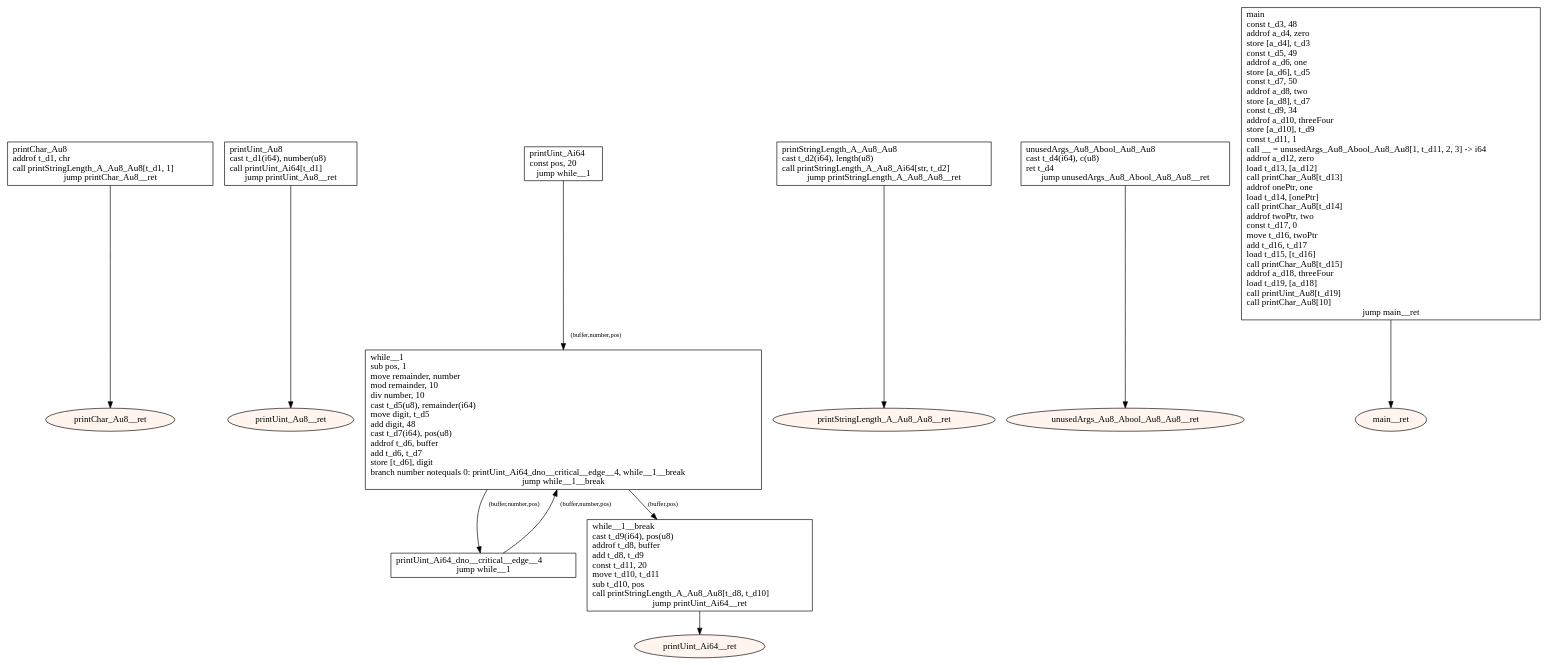
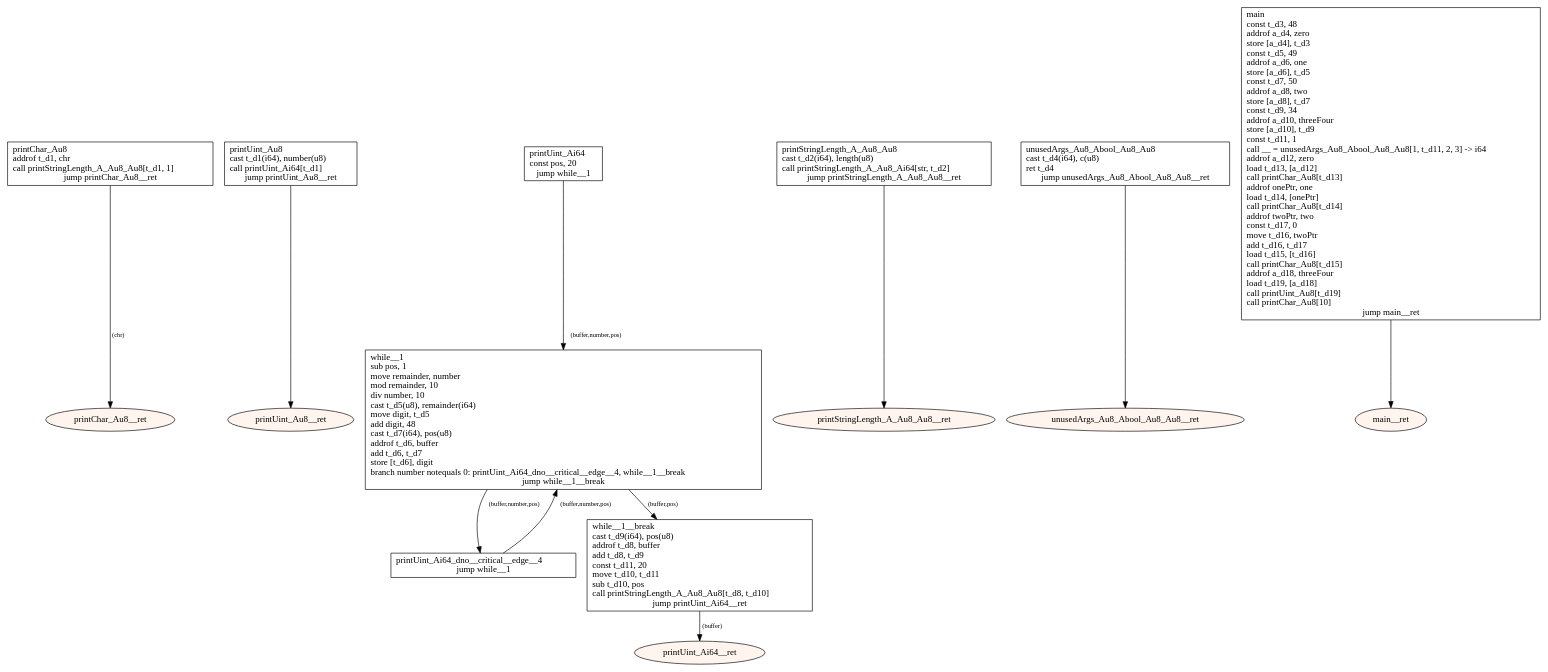
Before and after one commit to tmssngr/tinyC: the diagram in src/main/resources-test/compiler/windows/basics.dot, drawn with Graphviz. The commit also changed 150 other files, not shown here.

```diff
--- a/src/main/resources-test/compiler/windows/basics.dot
+++ b/src/main/resources-test/compiler/windows/basics.dot
@@ -1,40 +1,40 @@
 digraph program {
 	edge[fontsize="10pt"];
 	subgraph fn_printChar_Au8 {
 		BasicBlock_0_printChar_Au8 [label="printChar_Au8\laddrof t_d1, chr\lcall printStringLength_A_Au8_Au8[t_d1, 1]\ljump printChar_Au8__ret",shape=box];
-		BasicBlock_0_printChar_Au8 -> BasicBlock_0_printChar_Au8__ret;
+		BasicBlock_0_printChar_Au8 -> BasicBlock_0_printChar_Au8__ret [label="(chr)"];
 		BasicBlock_0_printChar_Au8__ret [label="printChar_Au8__ret",shape=oval,style=filled,fillcolor="#fff5ee"];
 	}
 	subgraph fn_printUint_Au8 {
 		BasicBlock_1_printUint_Au8 [label="printUint_Au8\lcast t_d1(i64), number(u8)\lcall printUint_Ai64[t_d1]\ljump printUint_Au8__ret",shape=box];
 		BasicBlock_1_printUint_Au8 -> BasicBlock_1_printUint_Au8__ret;
 		BasicBlock_1_printUint_Au8__ret [label="printUint_Au8__ret",shape=oval,style=filled,fillcolor="#fff5ee"];
 	}
 	subgraph fn_printUint_Ai64 {
 		BasicBlock_2_printUint_Ai64 [label="printUint_Ai64\lconst pos, 20\ljump while__1",shape=box];
 		BasicBlock_2_printUint_Ai64 -> BasicBlock_2_while__1 [label="(buffer,number,pos)"];
 		BasicBlock_2_printUint_Ai64_dno__critical__edge__4 [label="printUint_Ai64_dno__critical__edge__4\ljump while__1",shape=box];
 		BasicBlock_2_printUint_Ai64_dno__critical__edge__4 -> BasicBlock_2_while__1 [label="(buffer,number,pos)"];
 		BasicBlock_2_while__1 [label="while__1\lsub pos, 1\lmove remainder, number\lmod remainder, 10\ldiv number, 10\lcast t_d5(u8), remainder(i64)\lmove digit, t_d5\ladd digit, 48\lcast t_d7(i64), pos(u8)\laddrof t_d6, buffer\ladd t_d6, t_d7\lstore [t_d6], digit\lbranch number notequals 0: printUint_Ai64_dno__critical__edge__4, while__1__break\ljump while__1__break",shape=box];
 		BasicBlock_2_while__1 -> BasicBlock_2_printUint_Ai64_dno__critical__edge__4 [label="(buffer,number,pos)"];
 		BasicBlock_2_while__1 -> BasicBlock_2_while__1__break [label="(buffer,pos)"];
 		BasicBlock_2_while__1__break [label="while__1__break\lcast t_d9(i64), pos(u8)\laddrof t_d8, buffer\ladd t_d8, t_d9\lconst t_d11, 20\lmove t_d10, t_d11\lsub t_d10, pos\lcall printStringLength_A_Au8_Au8[t_d8, t_d10]\ljump printUint_Ai64__ret",shape=box];
-		BasicBlock_2_while__1__break -> BasicBlock_2_printUint_Ai64__ret;
+		BasicBlock_2_while__1__break -> BasicBlock_2_printUint_Ai64__ret [label="(buffer)"];
 		BasicBlock_2_printUint_Ai64__ret [label="printUint_Ai64__ret",shape=oval,style=filled,fillcolor="#fff5ee"];
 	}
 	subgraph fn_printStringLength_A_Au8_Au8 {
 		BasicBlock_3_printStringLength_A_Au8_Au8 [label="printStringLength_A_Au8_Au8\lcast t_d2(i64), length(u8)\lcall printStringLength_A_Au8_Ai64[str, t_d2]\ljump printStringLength_A_Au8_Au8__ret",shape=box];
 		BasicBlock_3_printStringLength_A_Au8_Au8 -> BasicBlock_3_printStringLength_A_Au8_Au8__ret;
 		BasicBlock_3_printStringLength_A_Au8_Au8__ret [label="printStringLength_A_Au8_Au8__ret",shape=oval,style=filled,fillcolor="#fff5ee"];
 	}
 	subgraph fn_unusedArgs_Au8_Abool_Au8_Au8 {
 		BasicBlock_4_unusedArgs_Au8_Abool_Au8_Au8 [label="unusedArgs_Au8_Abool_Au8_Au8\lcast t_d4(i64), c(u8)\lret t_d4\ljump unusedArgs_Au8_Abool_Au8_Au8__ret",shape=box];
 		BasicBlock_4_unusedArgs_Au8_Abool_Au8_Au8 -> BasicBlock_4_unusedArgs_Au8_Abool_Au8_Au8__ret;
 		BasicBlock_4_unusedArgs_Au8_Abool_Au8_Au8__ret [label="unusedArgs_Au8_Abool_Au8_Au8__ret",shape=oval,style=filled,fillcolor="#fff5ee"];
 	}
 	subgraph fn_main {
 		BasicBlock_5_main [label="main\lconst t_d3, 48\laddrof a_d4, zero\lstore [a_d4], t_d3\lconst t_d5, 49\laddrof a_d6, one\lstore [a_d6], t_d5\lconst t_d7, 50\laddrof a_d8, two\lstore [a_d8], t_d7\lconst t_d9, 34\laddrof a_d10, threeFour\lstore [a_d10], t_d9\lconst t_d11, 1\lcall __ = unusedArgs_Au8_Abool_Au8_Au8[1, t_d11, 2, 3] -> i64\laddrof a_d12, zero\lload t_d13, [a_d12]\lcall printChar_Au8[t_d13]\laddrof onePtr, one\lload t_d14, [onePtr]\lcall printChar_Au8[t_d14]\laddrof twoPtr, two\lconst t_d17, 0\lmove t_d16, twoPtr\ladd t_d16, t_d17\lload t_d15, [t_d16]\lcall printChar_Au8[t_d15]\laddrof a_d18, threeFour\lload t_d19, [a_d18]\lcall printUint_Au8[t_d19]\lcall printChar_Au8[10]\ljump main__ret",shape=box];
 		BasicBlock_5_main -> BasicBlock_5_main__ret;
 		BasicBlock_5_main__ret [label="main__ret",shape=oval,style=filled,fillcolor="#fff5ee"];
 	}
 }
```
